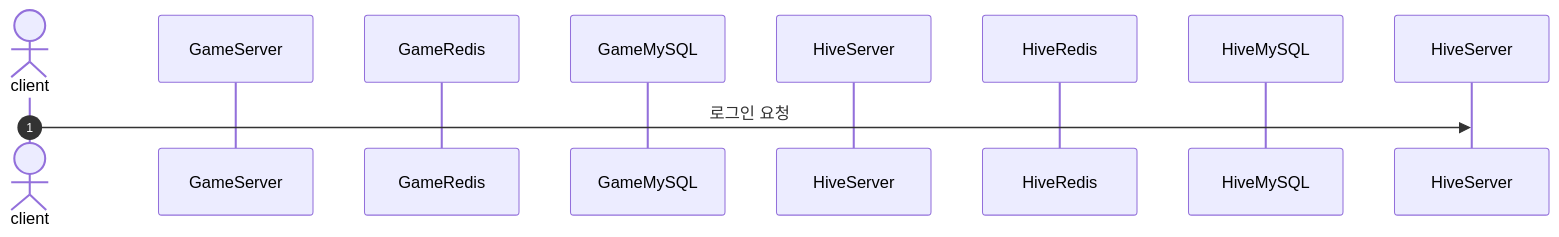
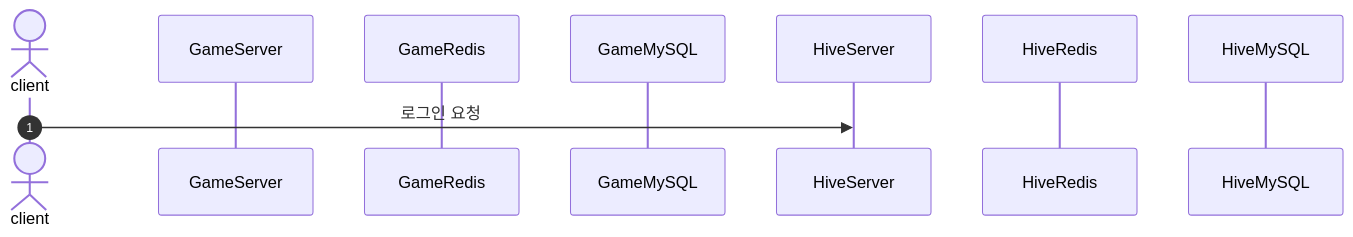
One commit to hhes0225/OmokServer changed the second of 2 diagrams in SequenceDiagram.md. Above: the diagram before and after it, drawn with Mermaid. The commit also changed other lines of this file, not shown here.

````diff
--- a/SequenceDiagram.md
+++ b/SequenceDiagram.md
@@ -16,12 +16,12 @@
 ```mermaid
 sequenceDiagram
   autonumber
   actor A as client
   participant B as GameServer
   participant C as GameRedis
   participant D as GameMySQL
   participant E as HiveServer
   participant F as HiveRedis
   participant G as HiveMySQL
-  A->>HiveServer:로그인 요청
+  A->>E:로그인 요청
 ```
````
